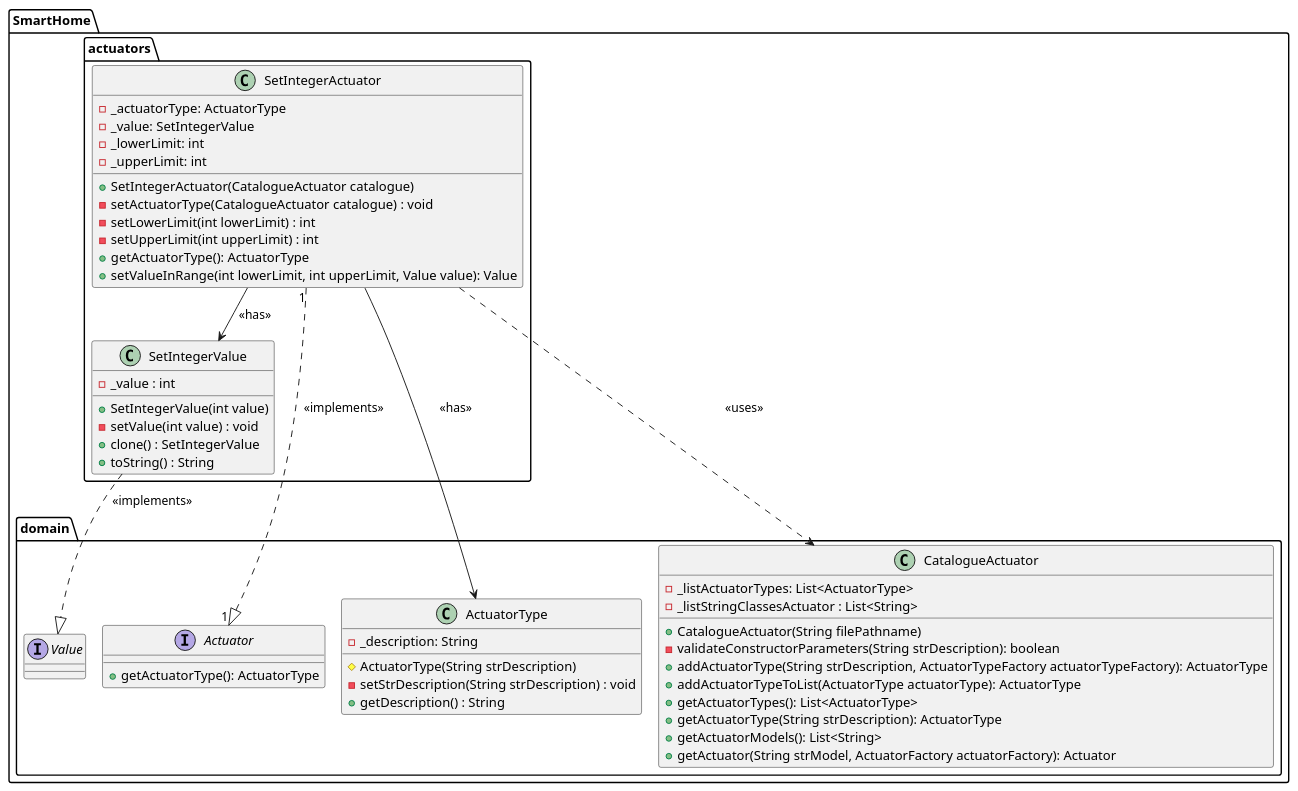
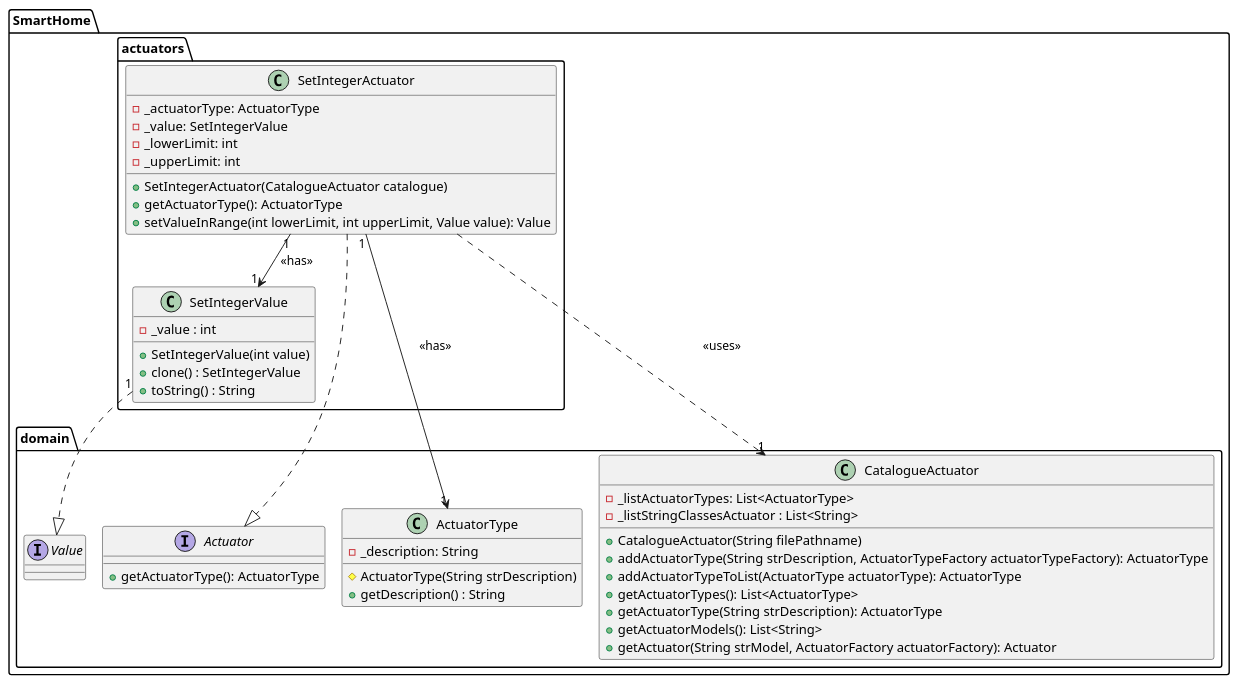
One commit to olivDiogo/SmartHome changed the diagram in docs/userStories/us015/01.requirements-engineering/diagrams/classDiagram.puml. Above: the diagram before and after it, drawn with PlantUML.

Commit message:
#59 Update class diagram for US15

```diff
--- a/docs/userStories/us015/01.requirements-engineering/diagrams/classDiagram.puml
+++ b/docs/userStories/us015/01.requirements-engineering/diagrams/classDiagram.puml
@@ -1,68 +1,62 @@
 @startuml
 !pragma layout smetana
 
 package SmartHome.actuators {
 
   class SetIntegerActuator {
     - _actuatorType: ActuatorType
     - _value: SetIntegerValue
     - _lowerLimit: int
     - _upperLimit: int
     + SetIntegerActuator(CatalogueActuator catalogue)
-    - setActuatorType(CatalogueActuator catalogue) : void
-    - setLowerLimit(int lowerLimit) : int
-    - setUpperLimit(int upperLimit) : int
     + getActuatorType(): ActuatorType
     + setValueInRange(int lowerLimit, int upperLimit, Value value): Value
 
   }
 
   class SetIntegerValue {
     - _value : int
     + SetIntegerValue(int value)
-    - setValue(int value) : void
     + clone() : SetIntegerValue
     + toString() : String
   }
 
 }
 
 package SmartHome.domain {
 
   interface Actuator {
         + getActuatorType(): ActuatorType
   }
 
   interface Value {
   }
 
   class ActuatorType {
     - _description: String
     # ActuatorType(String strDescription)
-    - setStrDescription(String strDescription) : void
     + getDescription() : String
   }
 
  class CatalogueActuator {
     - _listActuatorTypes: List<ActuatorType>
     - _listStringClassesActuator : List<String>
     + CatalogueActuator(String filePathname)
-    - validateConstructorParameters(String strDescription): boolean
     + addActuatorType(String strDescription, ActuatorTypeFactory actuatorTypeFactory): ActuatorType
     + addActuatorTypeToList(ActuatorType actuatorType): ActuatorType
     + getActuatorTypes(): List<ActuatorType>
     + getActuatorType(String strDescription): ActuatorType
     + getActuatorModels(): List<String>
     + getActuator(String strModel, ActuatorFactory actuatorFactory): Actuator
   }
 
 
 }
 
-SmartHome.actuators.SetIntegerActuator "1" ..|>  "1" SmartHome.domain.Actuator : <<implements>>
-SmartHome.actuators.SetIntegerActuator --> SmartHome.domain.ActuatorType : <<has>>
-SmartHome.actuators.SetIntegerActuator --> SmartHome.actuators.SetIntegerValue : <<has>>
-SmartHome.actuators.SetIntegerValue ..|> SmartHome.domain.Value : <<implements>>
-SmartHome.actuators.SetIntegerActuator ..> SmartHome.domain.CatalogueActuator : <<uses>>
+SmartHome.actuators.SetIntegerActuator ..|>  SmartHome.domain.Actuator
+SmartHome.actuators.SetIntegerActuator "1" --> "1" SmartHome.domain.ActuatorType : <<has>>
+SmartHome.actuators.SetIntegerActuator "1" --> "1" SmartHome.actuators.SetIntegerValue : <<has>>
+SmartHome.actuators.SetIntegerValue "1" ..|> SmartHome.domain.Value
+SmartHome.actuators.SetIntegerActuator ..> "1" SmartHome.domain.CatalogueActuator : <<uses>>
 
 @enduml
```
